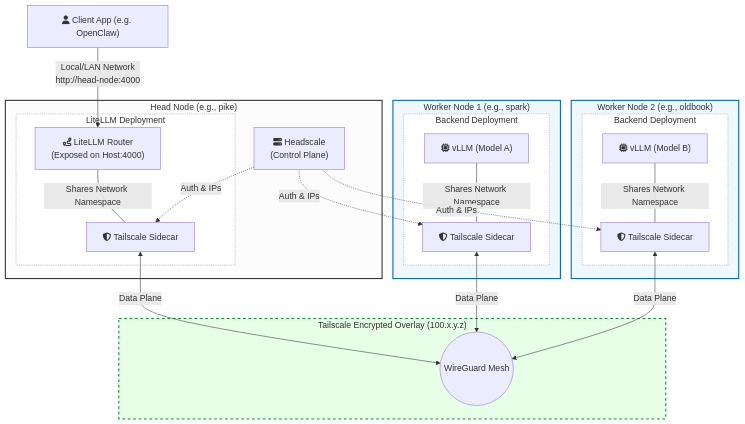
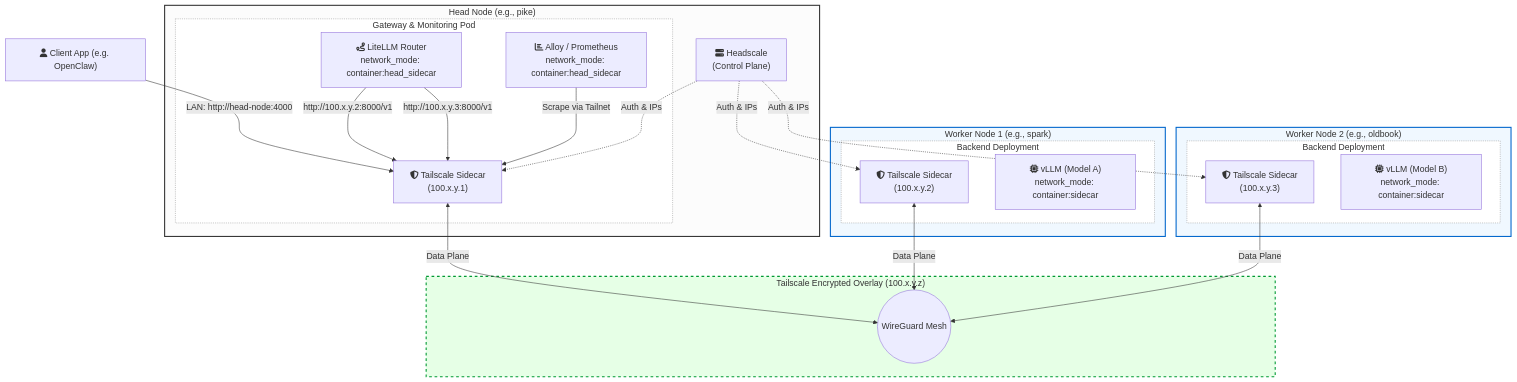
One commit to jlapenna/sparkstack changed the first of 3 diagrams in plans/multnode_plan.md. Above: the diagram before and after it, drawn with Mermaid. The commit also changed other lines of this file, not shown here.

Commit message:
docs: finalize Multi-Node Cluster Support blueprint, closes #2

````diff
--- a/plans/multnode_plan.md
+++ b/plans/multnode_plan.md
@@ -18,57 +52,52 @@
 ```mermaid
 graph TD
-    %% Define styles
     classDef headNode fill:#fcfcfc,stroke:#333,stroke-width:2px;
     classDef workerNode fill:#f0f8ff,stroke:#0066cc,stroke-width:2px;
     classDef overlay fill:#e6ffe6,stroke:#009933,stroke-width:2px,stroke-dasharray: 5 5;
     classDef pod fill:#fff,stroke:#999,stroke-width:1px,stroke-dasharray: 2 2;
 
     Client["fa:fa-user Client App (e.g. OpenClaw)"]
 
     subgraph Head_Node["Head Node (e.g., pike)"]
         Headscale["fa:fa-server Headscale<br/>(Control Plane)"]
-        
-        subgraph Gateway_Pod["LiteLLM Deployment"]
-            LiteLLM["fa:fa-route LiteLLM Router<br/>(Exposed on Host:4000)"]
-            TSSidecar_Head["fa:fa-shield-alt Tailscale Sidecar"]
-            LiteLLM ---|Shares Network Namespace| TSSidecar_Head
+        subgraph Gateway_Pod["Gateway & Monitoring Pod"]
+            TS_Head["fa:fa-shield-alt Tailscale Sidecar<br/>(100.x.y.1)"]
+            LiteLLM["fa:fa-route LiteLLM Router<br/>network_mode: container:head_sidecar"]
+            Monitoring["fa:fa-chart-bar Alloy / Prometheus<br/>network_mode: container:head_sidecar"]
         end
     end
 
     subgraph Tailnet["Tailscale Encrypted Overlay (100.x.y.z)"]
         WireGuard((WireGuard Mesh))
     end
 
     subgraph Worker_1["Worker Node 1 (e.g., spark)"]
         subgraph Backend_Pod_1["Backend Deployment"]
-            TSSidecar_W1["fa:fa-shield-alt Tailscale Sidecar"]
-            vLLM_1["fa:fa-microchip vLLM (Model A)"]
-            vLLM_1 ---|Shares Network Namespace| TSSidecar_W1
+            TSSidecar_W1["fa:fa-shield-alt Tailscale Sidecar<br/>(100.x.y.2)"]
+            vLLM_1["fa:fa-microchip vLLM (Model A)<br/>network_mode: container:sidecar"]
         end
     end
 
     subgraph Worker_2["Worker Node 2 (e.g., oldbook)"]
         subgraph Backend_Pod_2["Backend Deployment"]
-            TSSidecar_W2["fa:fa-shield-alt Tailscale Sidecar"]
-            vLLM_2["fa:fa-microchip vLLM (Model B)"]
-            vLLM_2 ---|Shares Network Namespace| TSSidecar_W2
+            TSSidecar_W2["fa:fa-shield-alt Tailscale Sidecar<br/>(100.x.y.3)"]
+            vLLM_2["fa:fa-microchip vLLM (Model B)<br/>network_mode: container:sidecar"]
         end
     end
 
-    %% Connections
-    Client -->|Local/LAN Network<br/>http://head-node:4000| LiteLLM
-    
-    TSSidecar_Head <-->|Data Plane| WireGuard
+    Client -->|LAN: http://head-node:4000| TS_Head
+    LiteLLM -->|http://100.x.y.2:8000/v1| TS_Head
+    LiteLLM -->|http://100.x.y.3:8000/v1| TS_Head
+    Monitoring -->|Scrape via Tailnet| TS_Head
+    TS_Head <-->|Data Plane| WireGuard
     TSSidecar_W1 <-->|Data Plane| WireGuard
     TSSidecar_W2 <-->|Data Plane| WireGuard
-    
-    Headscale -.->|Auth & IPs| TSSidecar_Head
+    Headscale -.->|Auth & IPs| TS_Head
     Headscale -.->|Auth & IPs| TSSidecar_W1
     Headscale -.->|Auth & IPs| TSSidecar_W2
 
-    %% Assign classes
     class Head_Node headNode;
     class Worker_1,Worker_2 workerNode;
     class Tailnet overlay;
-    class Gateway_Pod,Backend_Pod_1,Backend_Pod_2 pod;
+    class Backend_Pod_1,Backend_Pod_2,Gateway_Pod pod;
 ```
````
